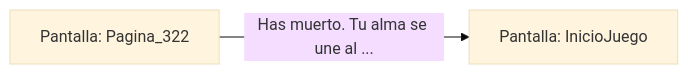
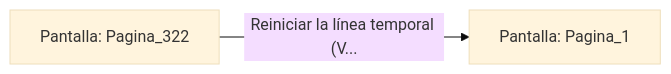
The diagram in sample/eligejuego-vault/Pantalla_Pagina_322.md (metsuke/mpl), drawn with Mermaid (base theme) before and after one commit. The commit also changed other lines of this file and 635 other files, not shown here.

First line of the commit message:
fix: añadir Pagina_1 como pantalla inicial en capitulo_01.mpl

````diff
--- a/sample/eligejuego-vault/Pantalla_Pagina_322.md
+++ b/sample/eligejuego-vault/Pantalla_Pagina_322.md
@@ -17,5 +17,5 @@
 ```mermaid
 graph LR
     P_Pagina_322["Pantalla: Pagina_322"]
-    P_Pagina_322 -->|"Has muerto. Tu alma se une al ..."| P_InicioJuego["Pantalla: InicioJuego"]
+    P_Pagina_322 -->|"Reiniciar la línea temporal (V..."| P_Pagina_1["Pantalla: Pagina_1"]
 ```
````
